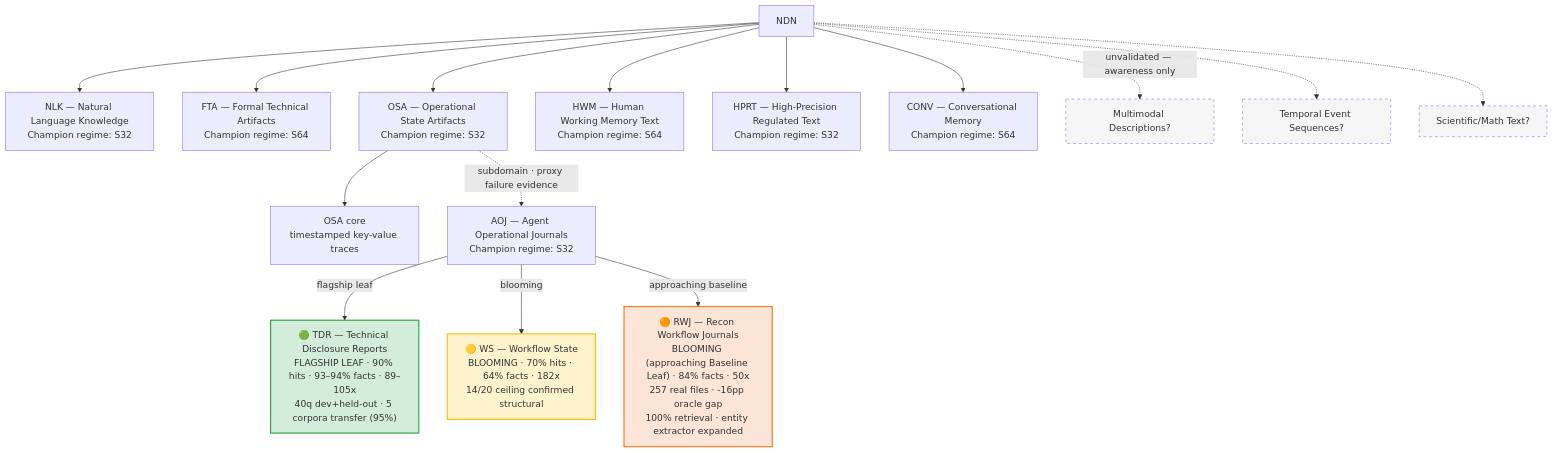
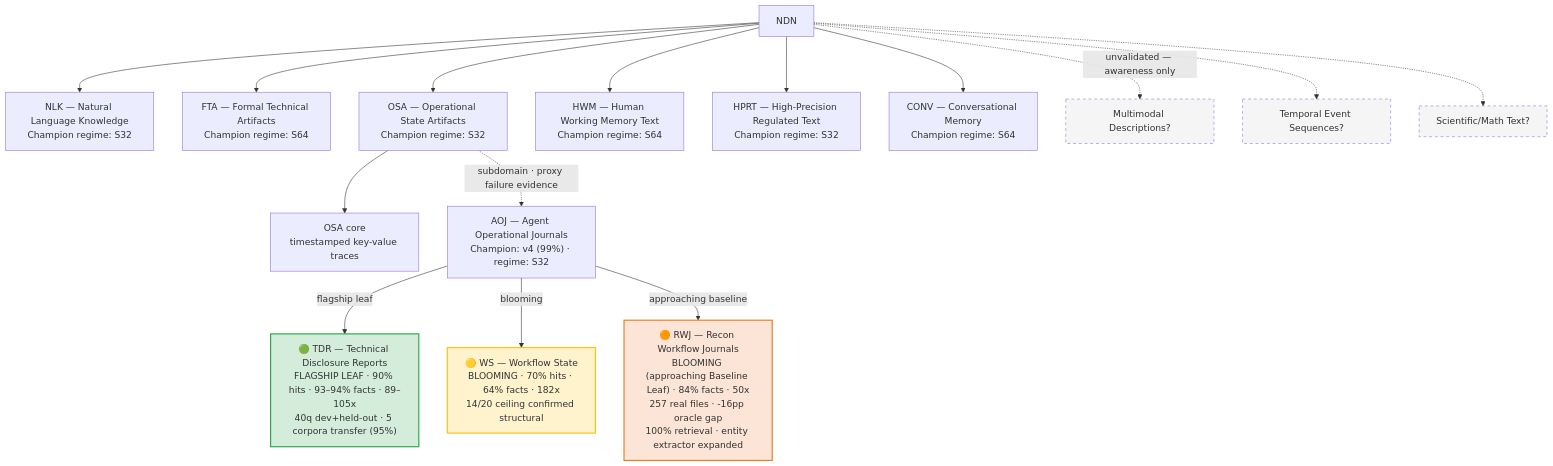
Before and after one commit to fabiocti/ndn-blueprint: the diagram in ndn_blueprint/diagrams/diagram_02_node_tree.md, drawn with Mermaid. The commit also changed other lines of this file and 14 other files, not shown here.

````diff
--- a/ndn_blueprint/diagrams/diagram_02_node_tree.md
+++ b/ndn_blueprint/diagrams/diagram_02_node_tree.md
@@ -11,47 +11,47 @@
 ```mermaid
 graph TD
     NDN[NDN]
 
     NLK["NLK — Natural Language Knowledge<br/>Champion regime: S32"]
     FTA["FTA — Formal Technical Artifacts<br/>Champion regime: S64"]
     OSA["OSA — Operational State Artifacts<br/>Champion regime: S32"]
     HWM["HWM — Human Working Memory Text<br/>Champion regime: S64"]
     HPRT["HPRT — High-Precision Regulated Text<br/>Champion regime: S32"]
     CONV["CONV — Conversational Memory<br/>Champion regime: S64"]
 
     OSA_CORE["OSA core<br/>timestamped key-value traces"]
-    AOJ["AOJ — Agent Operational Journals<br/>Champion regime: S32"]
+    AOJ["AOJ — Agent Operational Journals<br/>Champion: v4 (99%) · regime: S32"]
 
     TDR["🟢 TDR — Technical Disclosure Reports<br/>FLAGSHIP LEAF · 90% hits · 93–94% facts · 89–105x<br/>40q dev+held-out · 5 corpora transfer (95%)"]
     WS["🟡 WS — Workflow State<br/>BLOOMING · 70% hits · 64% facts · 182x<br/>14/20 ceiling confirmed structural"]
     RWJ["🟠 RWJ — Recon Workflow Journals<br/>BLOOMING (approaching Baseline Leaf) · 84% facts · 50x<br/>257 real files · -16pp oracle gap<br/>100% retrieval · entity extractor expanded"]
 
     FUTURE1["Multimodal Descriptions?"]
     FUTURE2["Temporal Event Sequences?"]
     FUTURE3["Scientific/Math Text?"]
 
     NDN --> NLK
     NDN --> FTA
     NDN --> OSA
     NDN --> HWM
     NDN --> HPRT
     NDN --> CONV
 
     OSA --> OSA_CORE
     OSA -.->|"subdomain · proxy failure evidence"| AOJ
 
     AOJ -->|"flagship leaf"| TDR
     AOJ -->|"blooming"| WS
     AOJ -->|"approaching baseline"| RWJ
 
     NDN -.->|"unvalidated — awareness only"| FUTURE1
     NDN -.-> FUTURE2
     NDN -.-> FUTURE3
 
     style TDR fill:#d4edda,stroke:#28a745,stroke-width:2px
     style WS fill:#fff3cd,stroke:#ffc107,stroke-width:2px
     style RWJ fill:#fce4d6,stroke:#e67e22,stroke-width:2px
     style FUTURE1 fill:#f5f5f5,stroke-dasharray: 5 5
     style FUTURE2 fill:#f5f5f5,stroke-dasharray: 5 5
     style FUTURE3 fill:#f5f5f5,stroke-dasharray: 5 5
 ```
````
